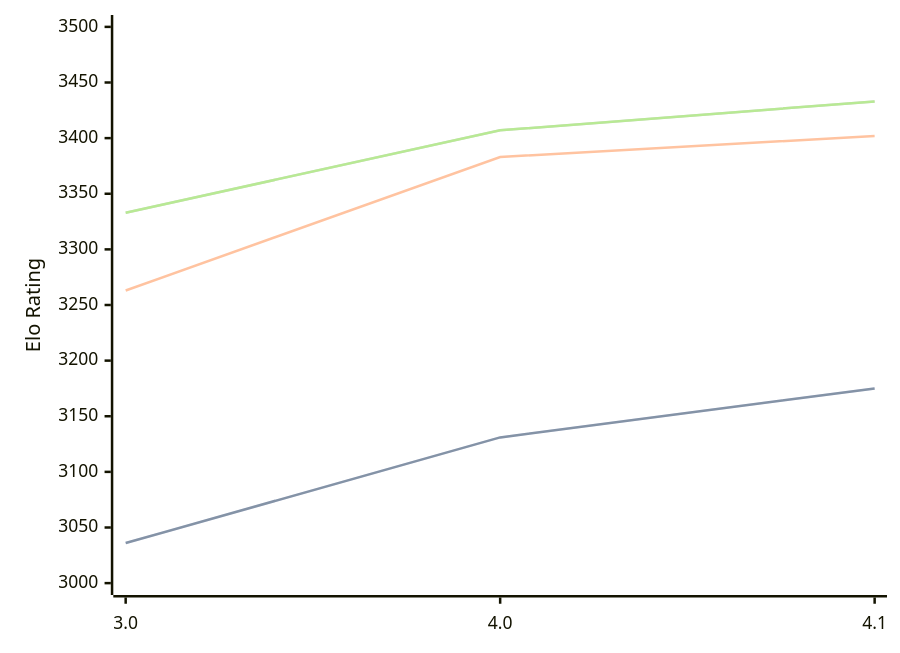
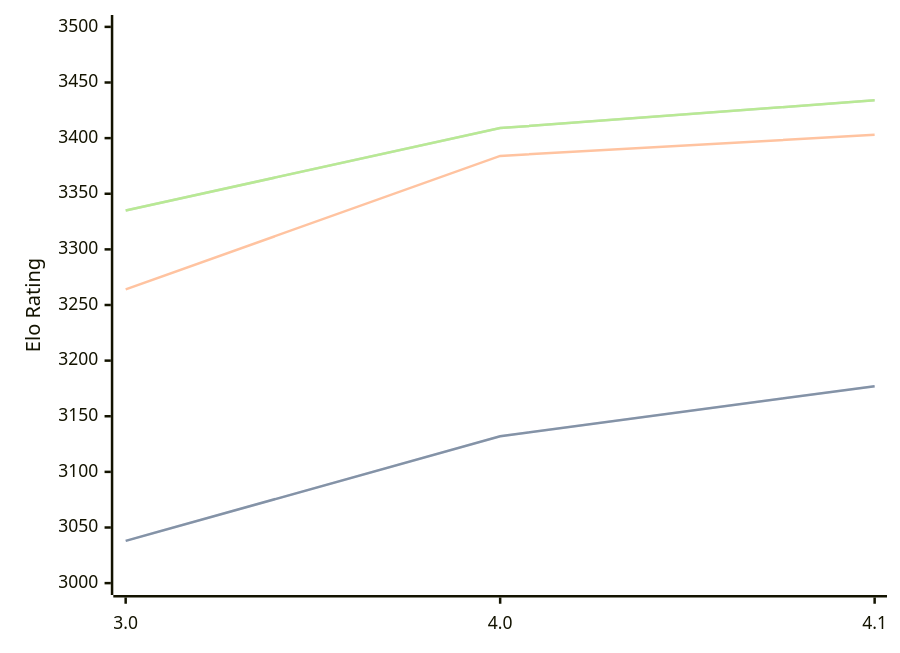
Before and after one commit to computer-chess-index/cci: the diagram in engines/Eleanor.md, drawn with Mermaid. The commit also changed other lines of this file, not shown here.

Commit message:
Update CCI Ratings (ELO VLTC) - 2026-10-09

````diff
--- a/engines/Eleanor.md
+++ b/engines/Eleanor.md
@@ -33,11 +33,11 @@
 ```mermaid
 %%{init: {"theme":"base","themeVariables":{"seriesColors:['#a3a3a3','#222221','#faa371']}}}%%
 xychart-beta
   x-axis ["3.0", "4.0", "4.1"]
   y-axis "Elo Rating" 3000 --> 3500
-  line "" [3036, 3131, 3175]
-  line "STC (8.0+0.08s)" [3036, 3131, 3175]
-  line "LTC (60.0+0.60s)" [3263, 3383, 3402]
-  line "" [3333, 3407, 3433]
-  line "VLTC (2m24s+1.12s)" [3333, 3407, 3433]
+  line "" [3038, 3132, 3177]
+  line "STC (8.0+0.08s)" [3038, 3132, 3177]
+  line "LTC (60.0+0.60s)" [3264, 3384, 3403]
+  line "" [3335, 3409, 3434]
+  line "VLTC (2m24s+1.12s)" [3335, 3409, 3434]
 ```
````
